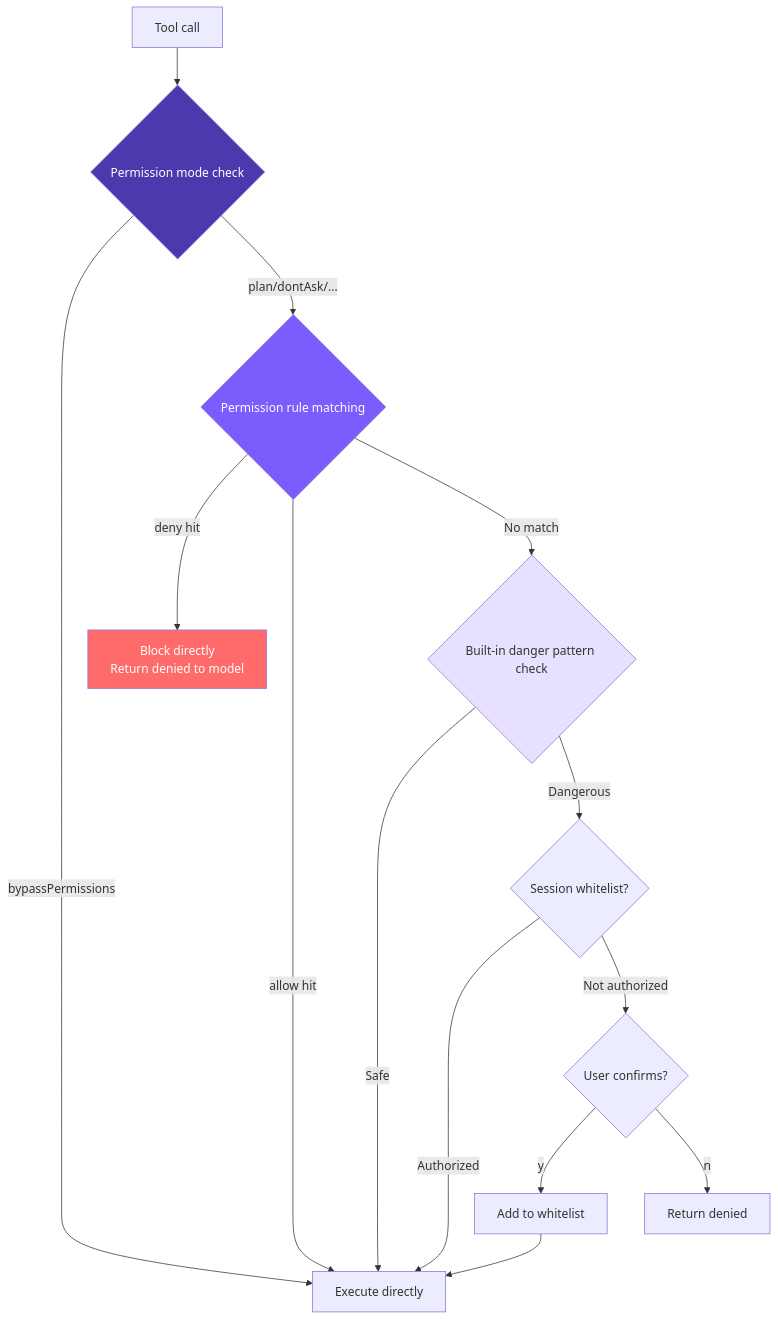
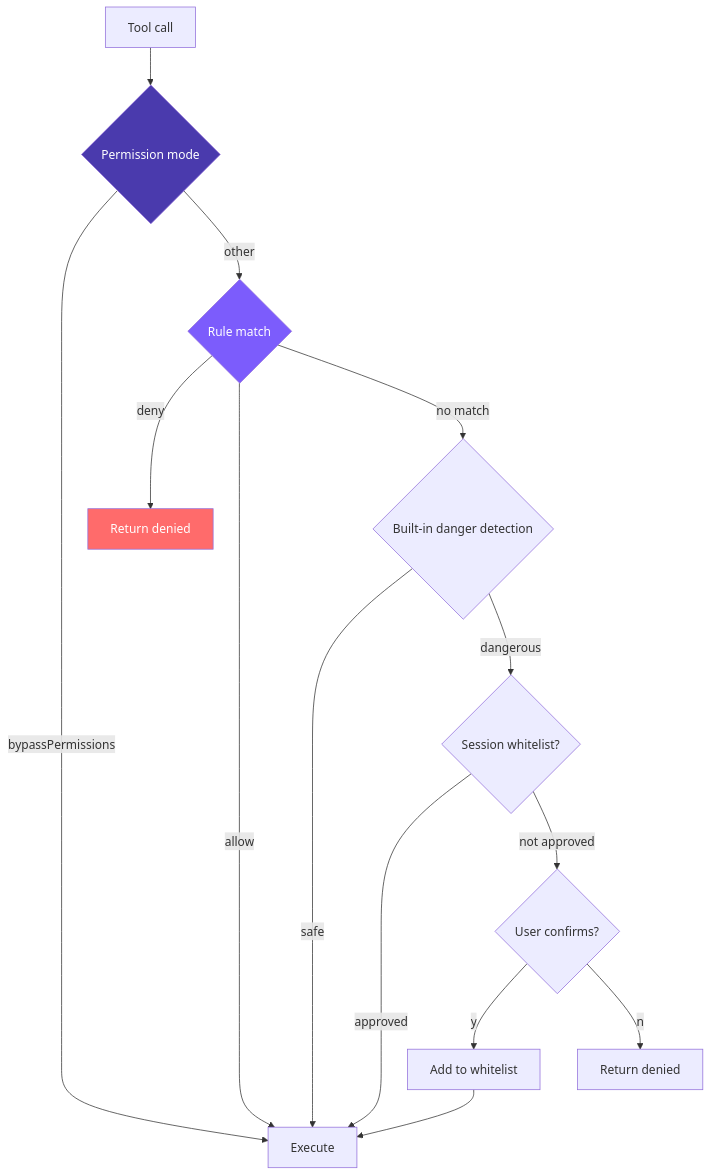
The diagram in en/docs/06-permissions.md (joinmouse/claude-code-mini), drawn with Mermaid before and after one commit. The commit also changed other lines of this file and 30 other files, not shown here.

````diff
--- a/en/docs/06-permissions.md
+++ b/en/docs/06-permissions.md
@@ -7,21 +5,20 @@
 ```mermaid
 graph TB
-    Call[Tool call] --> Mode{Permission mode check}
-    Mode -->|bypassPermissions| Exec[Execute directly]
-    Mode -->|plan/dontAsk/...| Rules{Permission rule matching}
-    Rules -->|deny hit| Block[Block directly<br/>Return denied to model]
-    Rules -->|allow hit| Exec
-    Rules -->|No match| Builtin{Built-in danger pattern check}
-    Builtin -->|Safe| Exec
-    Builtin -->|Dangerous| WL{Session whitelist?}
-    WL -->|Authorized| Exec
-    WL -->|Not authorized| Confirm{User confirms?}
+    Call[Tool call] --> Mode{Permission mode}
+    Mode -->|bypassPermissions| Exec[Execute]
+    Mode -->|other| Rules{Rule match}
+    Rules -->|deny| Block[Return denied]
+    Rules -->|allow| Exec
+    Rules -->|no match| Builtin{Built-in danger detection}
+    Builtin -->|safe| Exec
+    Builtin -->|dangerous| WL{Session whitelist?}
+    WL -->|approved| Exec
+    WL -->|not approved| Confirm{User confirms?}
     Confirm -->|y| AddWL[Add to whitelist]
     AddWL --> Exec
     Confirm -->|n| Block2[Return denied]
 
     style Mode fill:#4a3aad,color:#fff
     style Rules fill:#7c5cfc,color:#fff
-    style Builtin fill:#e8e0ff
     style Block fill:#ff6b6b,color:#fff
 ```
````
